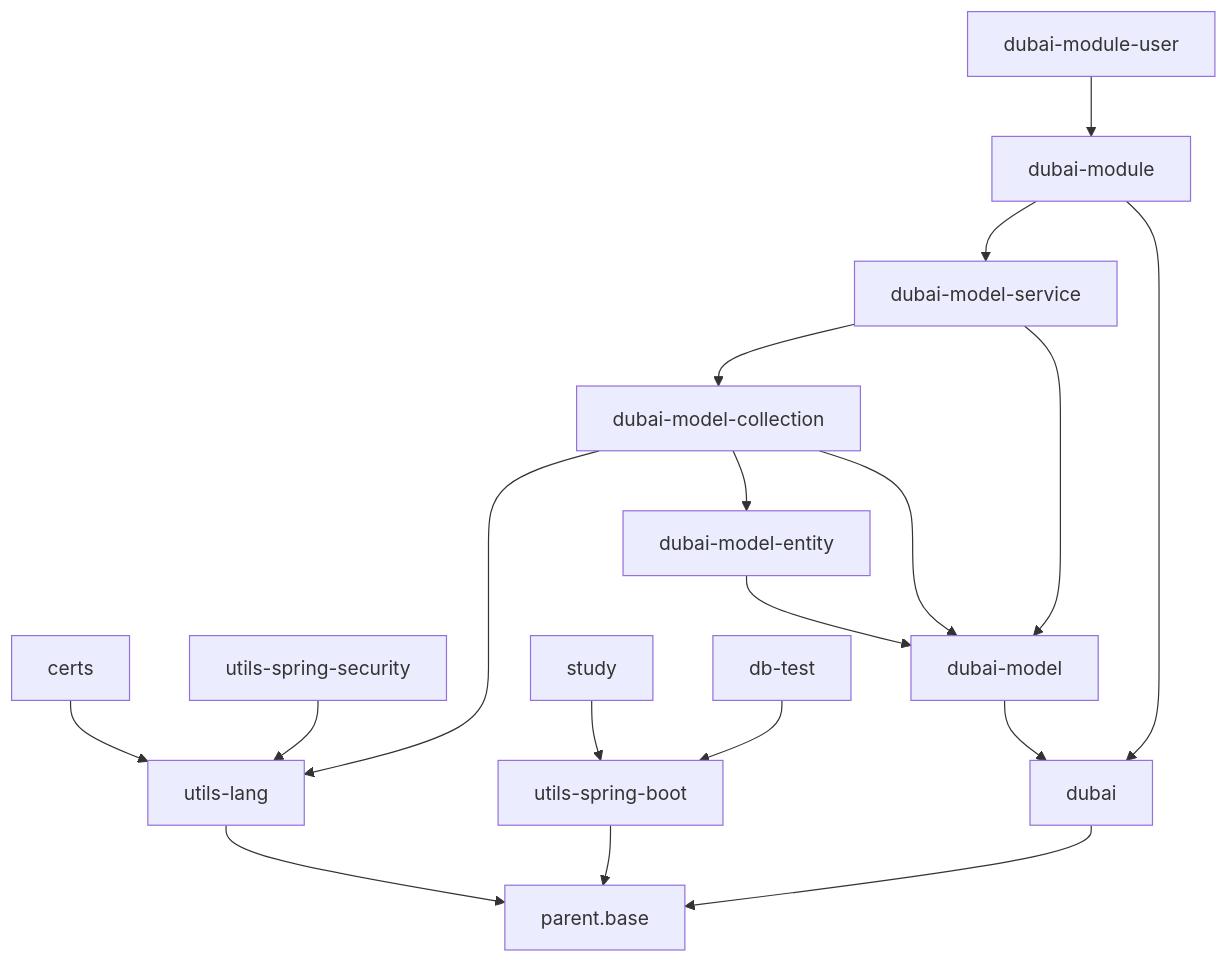
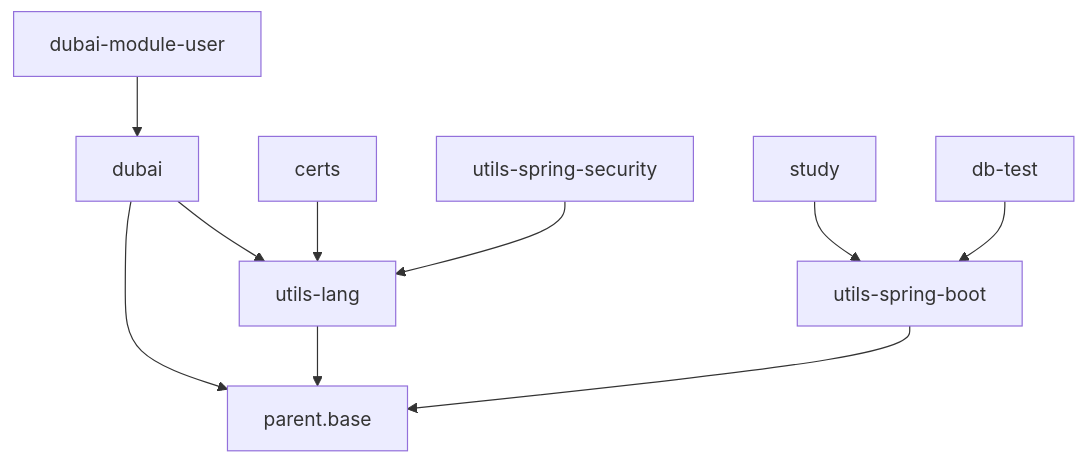
One commit to dbstarll/dbstarll.github.io changed the diagram in README.md. Above: the diagram before and after it, drawn with Mermaid. The commit also changed other lines of this file, not shown here.

Commit message:
增加dubai

````diff
--- a/README.md
+++ b/README.md
@@ -11,24 +11,16 @@
 ```mermaid
 graph TD;
     utils-lang-->parent.base;
+
+    utils-spring-boot-->parent.base;
+
+    dubai-->parent.base;
+    dubai-->utils-lang;
+    
+    dubai-module-user-->dubai;
+
     certs-->utils-lang;
     utils-spring-security-->utils-lang;
-
-    utils-spring-boot-->parent.base;
     study-->utils-spring-boot;
     db-test-->utils-spring-boot;
-
-    dubai-->parent.base;
-    dubai-model-->dubai;
-    dubai-model-entity-->dubai-model;
-    dubai-model-collection-->dubai-model;
-    dubai-model-collection-->dubai-model-entity;
-    dubai-model-collection-->utils-lang;
-    dubai-model-service-->dubai-model;
-    dubai-model-service-->dubai-model-collection;
-    dubai-module-->dubai;
-    dubai-module-->dubai-model-service;
-    
-    dubai-module-user-->dubai-module;
-
 ```
````
